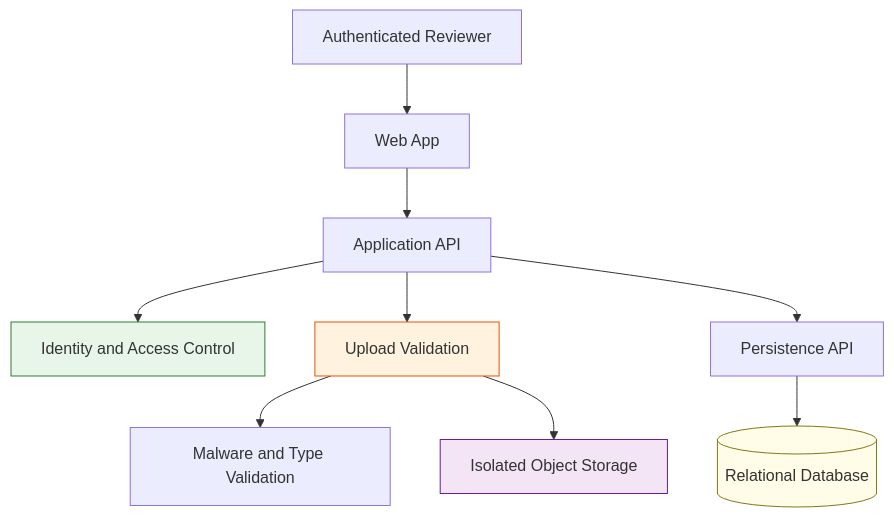
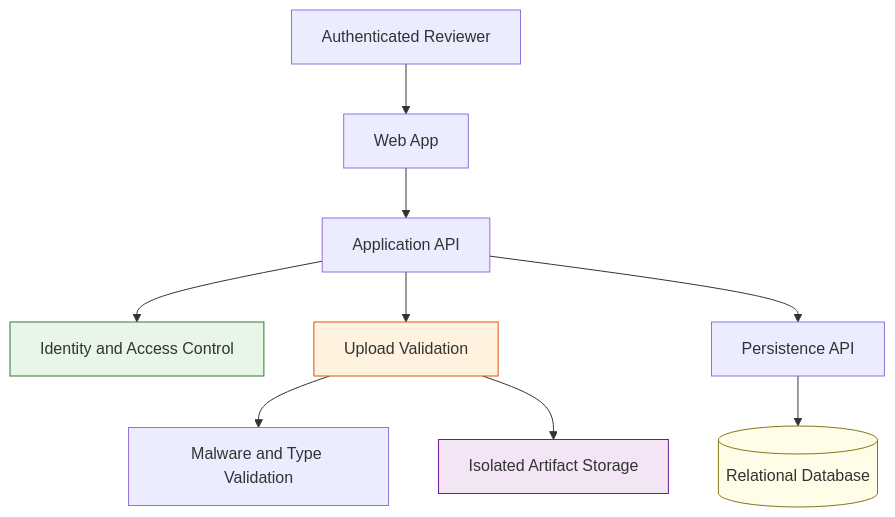
One commit to ranjivs64/QualsDemo changed the fifth of 6 diagrams in docs/artifacts/specs/SPEC-1.md. Above: the diagram before and after it, drawn with Mermaid. The commit also changed other lines of this file and 13 other files, not shown here.

Commit message:
feat: refresh pearson review UI and architecture docs

````diff
--- a/docs/artifacts/specs/SPEC-1.md
+++ b/docs/artifacts/specs/SPEC-1.md
@@ -598,16 +604,16 @@
 ```mermaid
 flowchart TD
  U["Authenticated Reviewer"] --> W["Web App"]
  W --> A["Application API"]
  A --> Auth["Identity and Access Control"]
  A --> Upload["Upload Validation"]
  Upload --> Scan["Malware and Type Validation"]
- Upload --> Store["Isolated Object Storage"]
+ Upload --> Store["Isolated Artifact Storage"]
  A --> Persist["Persistence API"]
  Persist --> Db[("Relational Database")]
 
  style Auth fill:#E8F5E9,stroke:#2E7D32
  style Upload fill:#FFF3E0,stroke:#E65100
  style Store fill:#F3E5F5,stroke:#6A1B9A
  style Db fill:#FFFDE7,stroke:#827717
 ```
````
